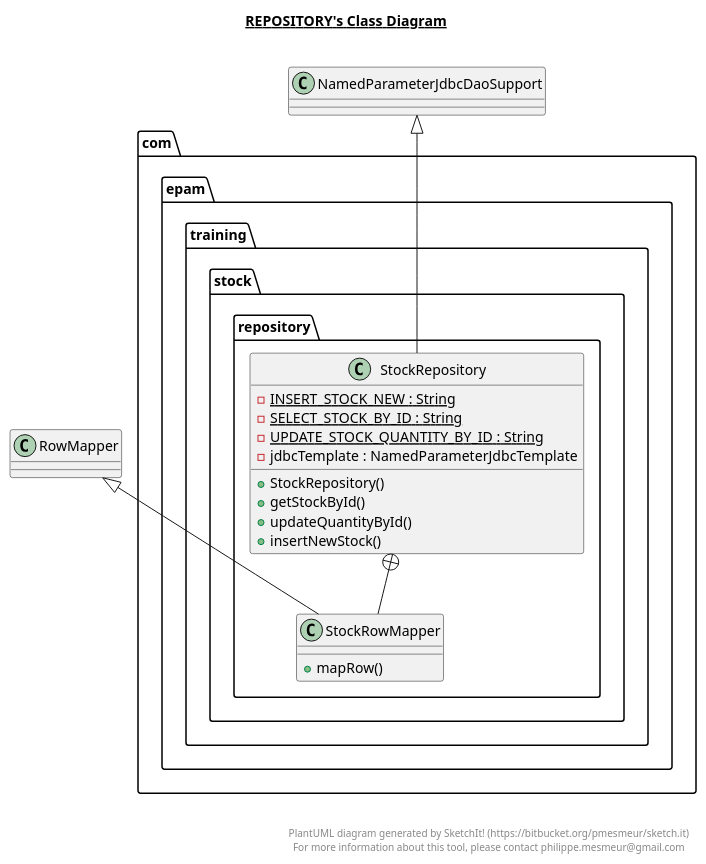
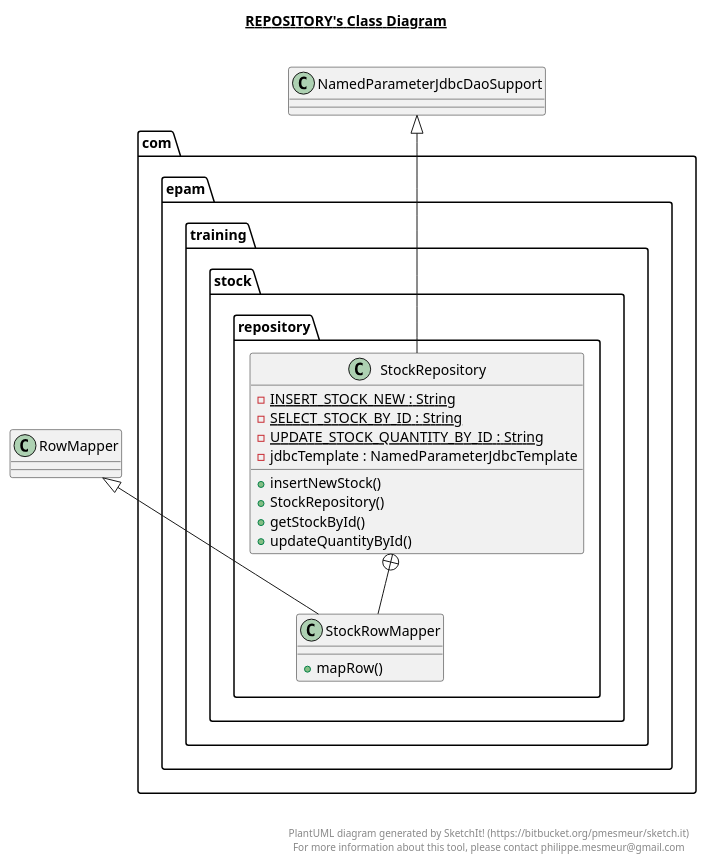
Before and after one commit to nik-nenkov/tutoring-rest-api-with-java: the diagram in src/main/java/com/epam/training/stock/repository/repository.plantuml, drawn with PlantUML. The commit also changed other lines of this file and 16 other files, not shown here.

```diff
--- a/src/main/java/com/epam/training/stock/repository/repository.plantuml
+++ b/src/main/java/com/epam/training/stock/repository/repository.plantuml
@@ -1,42 +1,42 @@
 @startuml
 
 title __REPOSITORY's Class Diagram__\n
 
   package com.epam.training.stock {
     package com.epam.training.stock.repository {
       class StockRepository {
           {static} - INSERT_STOCK_NEW : String
           {static} - SELECT_STOCK_BY_ID : String
           {static} - UPDATE_STOCK_QUANTITY_BY_ID : String
           - jdbcTemplate : NamedParameterJdbcTemplate
+          + insertNewStock()
           + StockRepository()
           + getStockById()
           + updateQuantityById()
-          + insertNewStock()
       }
     }
   }
   
 
   package com.epam.training.stock {
     package com.epam.training.stock.repository {
       class StockRowMapper {
           + mapRow()
       }
     }
   }
   
 
   StockRepository -up-|> NamedParameterJdbcDaoSupport
   StockRepository +-down- StockRowMapper
   StockRowMapper -up-|> RowMapper
 
 
 right footer
 
 
 PlantUML diagram generated by SketchIt! (https://bitbucket.org/pmesmeur/sketch.it)
 For more information about this tool, please contact philippe.mesmeur@gmail.com
 endfooter
 
 @enduml
```
